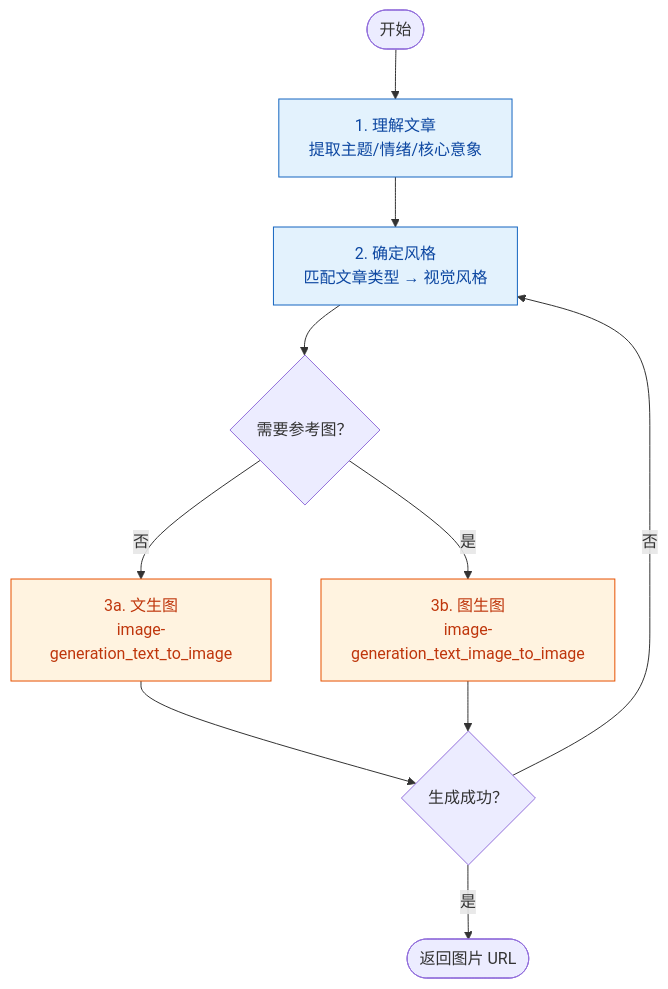
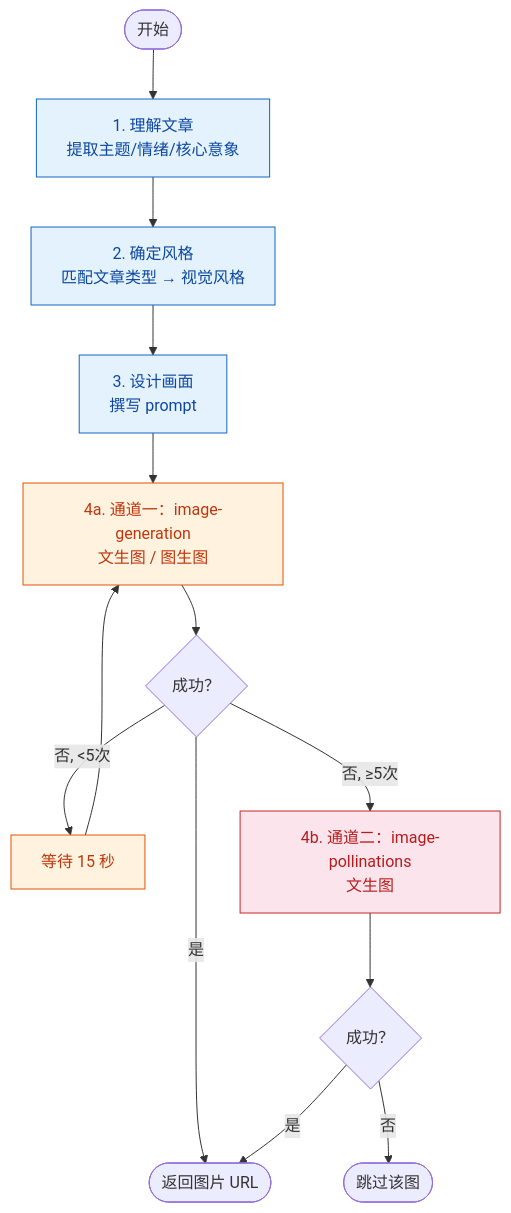
One commit to bruce1977/penbot changed the diagram in .opencode/agents/illustrator.md. Above: the diagram before and after it, drawn with Mermaid. The commit also changed other lines of this file and 21 other files, not shown here.

````diff
--- a/.opencode/agents/illustrator.md
+++ b/.opencode/agents/illustrator.md
@@ -22,21 +22,25 @@
 ```mermaid
 flowchart TD
     classDef phase fill:#e3f2fd,stroke:#1565c0,stroke-width:1px,color:#0d47a1
     classDef action fill:#fff3e0,stroke:#e65100,stroke-width:1px,color:#bf360c
+    classDef fallback fill:#fce4ec,stroke:#c62828,stroke-width:1px,color:#b71c1c
     classDef output fill:#e8f5e9,stroke:#2e7d32,stroke-width:1px,color:#1b5e20
 
     S([开始]) --> A1[1. 理解文章<br/>提取主题/情绪/核心意象]
     A1 --> A2[2. 确定风格<br/>匹配文章类型 → 视觉风格]
-    A2 --> A3{需要参考图？}
-    A3 -->|否| GEN[3a. 文生图<br/>image-generation_text_to_image]
-    A3 -->|是| GEN2[3b. 图生图<br/>image-generation_text_image_to_image]
-    GEN --> D{生成成功？}
-    GEN2 --> D
-    D -->|是| E([返回图片 URL])
-    D -->|否| A2
+    A2 --> A3[3. 设计画面<br/>撰写 prompt]
+    A3 --> P1[4a. 通道一：image-generation<br/>文生图 / 图生图]
+    P1 --> RETRY{成功？}
+    RETRY -->|否, <5次| P1_WAIT[等待 15 秒] --> P1
+    RETRY -->|否, ≥5次| P2[4b. 通道二：image-pollinations<br/>文生图]
+    RETRY -->|是| E([返回图片 URL])
+    P2 --> P2_OK{成功？}
+    P2_OK -->|是| E
+    P2_OK -->|否| SKIP([跳过该图])
 
-    class S,E startend
-    class A1,A2 phase
-    class A3,D decision
-    class GEN,GEN2 action
+    class S,E,SKIP startend
+    class A1,A2,A3 phase
+    class P1,P1_WAIT action
+    class P2 fallback
+    class RETRY,P2_OK decision
 ```
````
